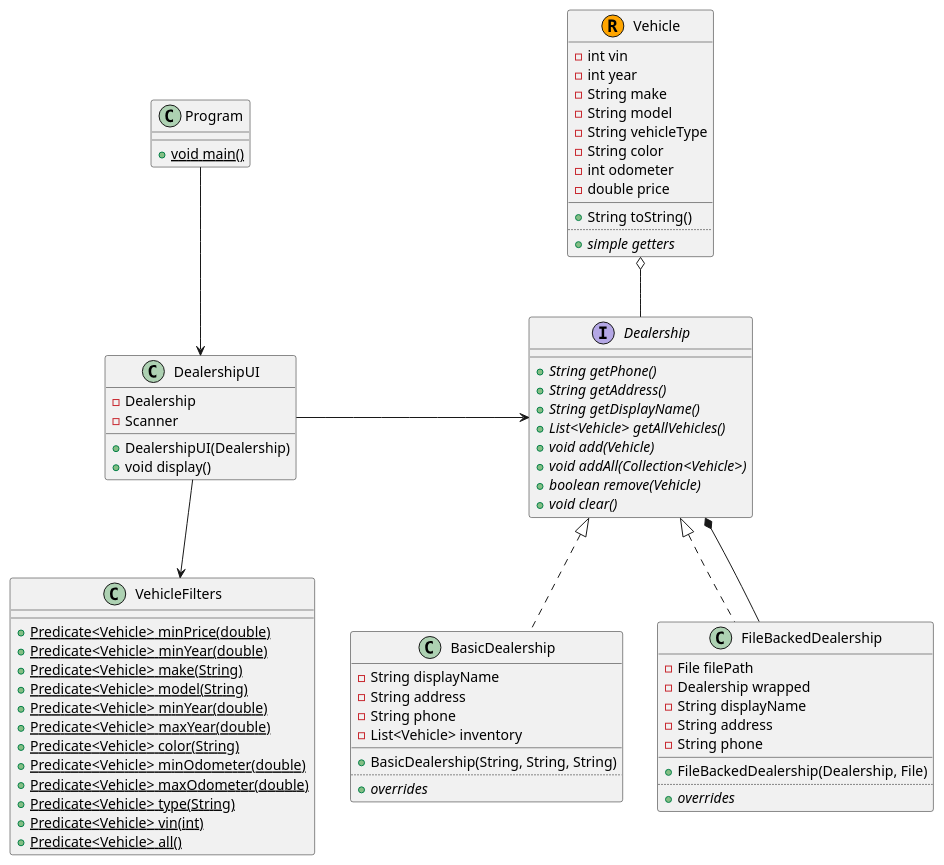
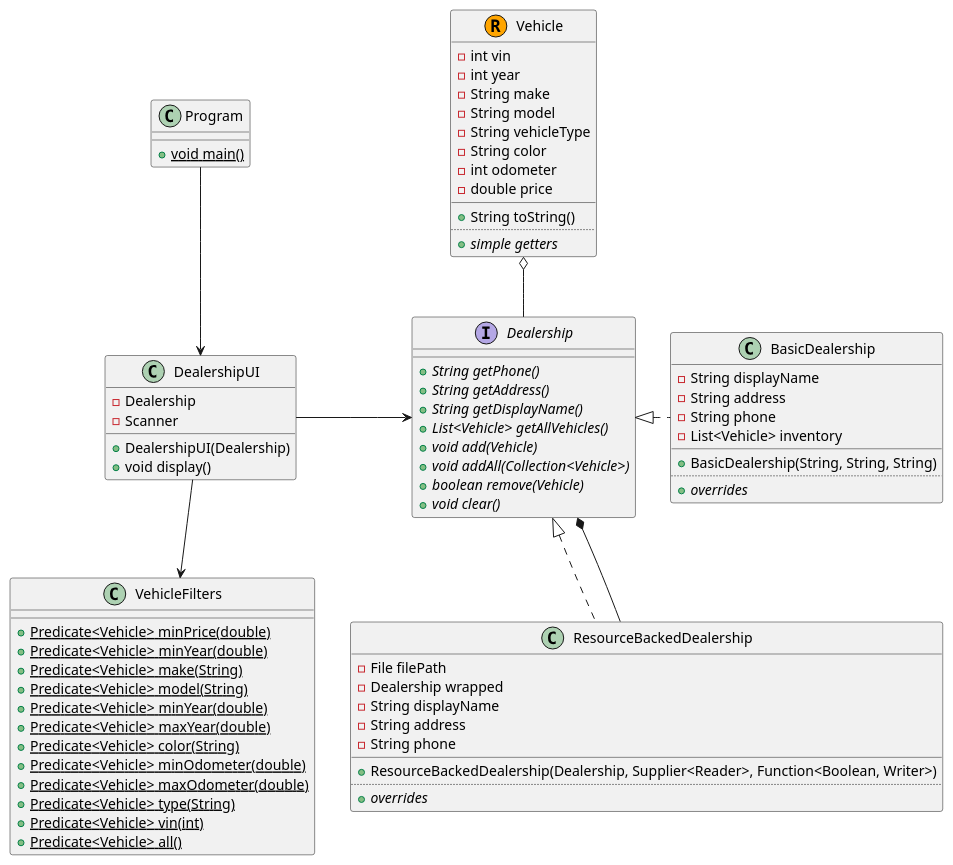
The diagram in Class_Diagram.puml (Benjamin-Bergman/CarDealership), drawn with PlantUML before and after one commit. The commit also changed 1 other file, not shown here.

Commit message:
Update class diagram

```diff
--- a/Class_Diagram.puml
+++ b/Class_Diagram.puml
@@ -1,78 +1,79 @@
 @startuml
 class Program {
 + {static} void main()
 }
 class DealershipUI {
 - Dealership
 - Scanner
 + DealershipUI(Dealership)
 + void display()
 }
 together {
     interface Dealership {
     + {abstract} String getPhone()
     + {abstract} String getAddress()
     + {abstract} String getDisplayName()
     + {abstract} List<Vehicle> getAllVehicles()
     + {abstract} void add(Vehicle)
     + {abstract} void addAll(Collection<Vehicle>)
     + {abstract} boolean remove(Vehicle)
     + {abstract} void clear()
     }
-    class BasicDealership implements Dealership {
+    class BasicDealership {
     - String displayName
     - String address
     - String phone
     - List<Vehicle> inventory
     __
     + BasicDealership(String, String, String)
     ..
     + {abstract} {method} overrides
     }
-    class FileBackedDealership Implements Dealership {
+    class ResourceBackedDealership Implements Dealership {
     - File filePath
     - Dealership wrapped
     - String displayName
     - String address
     - String phone
     __
-    + FileBackedDealership(Dealership, File)
+    + ResourceBackedDealership(Dealership, Supplier<Reader>, Function<Boolean, Writer>)
     ..
     + {abstract} {method} overrides
     }
 }
 class Vehicle << (R,orange) >> {
 - int vin
 - int year
 - String make
 - String model
 - String vehicleType
 - String color
 - int odometer
 - double price
 __
 + String toString()
 ..
 + {abstract} {method} simple getters
 }
 class VehicleFilters {
 + {static} Predicate<Vehicle> minPrice(double)
 + {static} Predicate<Vehicle> minYear(double)
 + {static} Predicate<Vehicle> make(String)
 + {static} Predicate<Vehicle> model(String)
 + {static} Predicate<Vehicle> minYear(double)
 + {static} Predicate<Vehicle> maxYear(double)
 + {static} Predicate<Vehicle> color(String)
 + {static} Predicate<Vehicle> minOdometer(double)
 + {static} Predicate<Vehicle> maxOdometer(double)
 + {static} Predicate<Vehicle> type(String)
 + {static} Predicate<Vehicle> vin(int)
 + {static} Predicate<Vehicle> all()
 }
 
-Dealership *-- FileBackedDealership
+Dealership *-- ResourceBackedDealership
 Vehicle o-- Dealership
 DealershipUI <-u- Program
 Dealership <- DealershipUI
 VehicleFilters <-u- DealershipUI
+Dealership <|.r. BasicDealership
 @enduml
```
